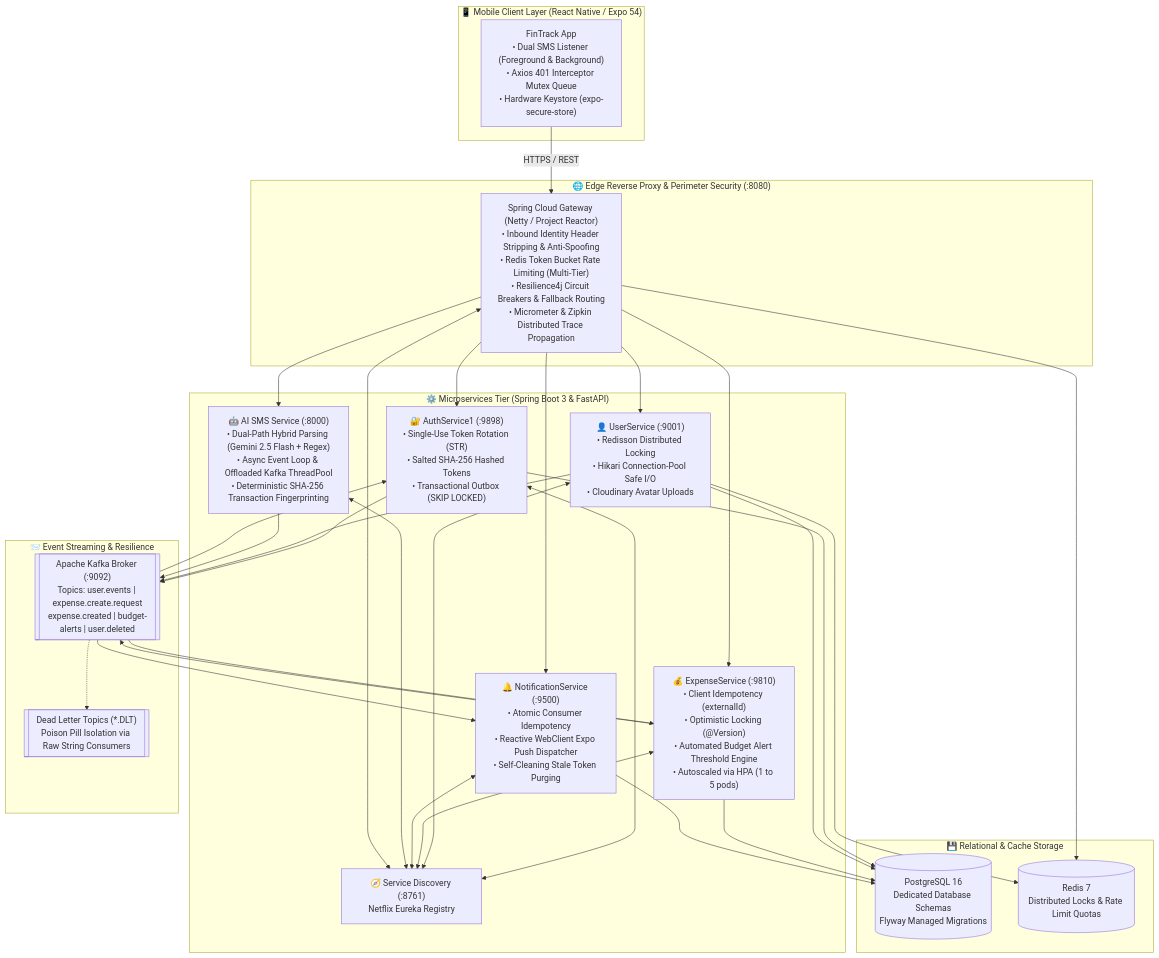
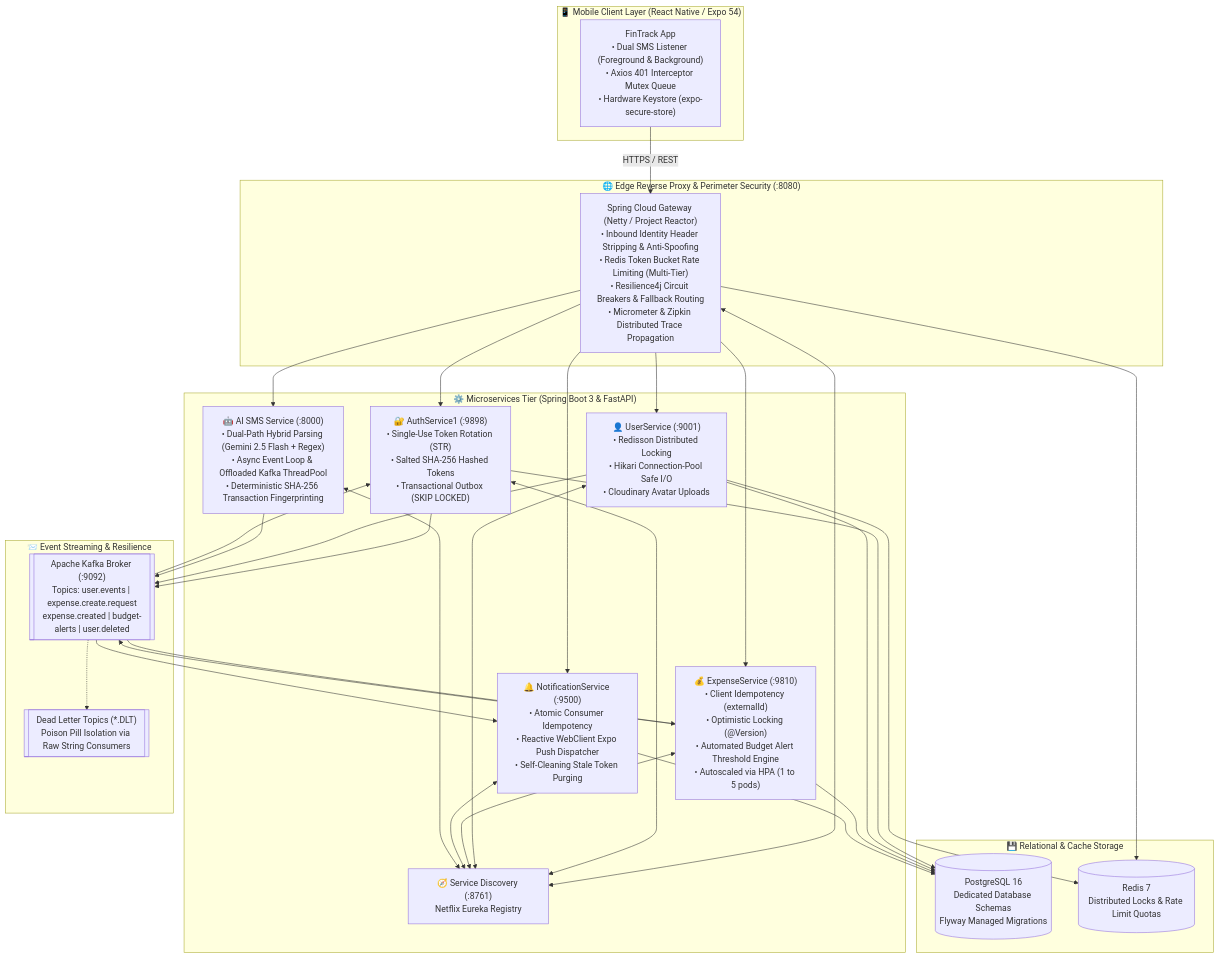
Before and after one commit to sagr612/Fintrack: the diagram in README.md, drawn with Mermaid. The commit also changed 3 other files, not shown here.

````diff
--- a/README.md
+++ b/README.md
@@ -20,40 +20,45 @@
 ```mermaid
 graph TB
     subgraph ClientLayer ["📱 Mobile Client Layer (React Native / Expo 54)"]
         MobileApp["FinTrack App<br/>• Dual SMS Listener (Foreground & Background)<br/>• Axios 401 Interceptor Mutex Queue<br/>• Hardware Keystore (expo-secure-store)"]
     end
 
     subgraph EdgePerimeter ["🌐 Edge Reverse Proxy & Perimeter Security (:8080)"]
         Gateway["Spring Cloud Gateway (Netty / Project Reactor)<br/>• Inbound Identity Header Stripping & Anti-Spoofing<br/>• Redis Token Bucket Rate Limiting (Multi-Tier)<br/>• Resilience4j Circuit Breakers & Fallback Routing<br/>• Micrometer & Zipkin Distributed Trace Propagation"]
     end
 
     subgraph ServiceMesh ["⚙️ Microservices Tier (Spring Boot 3 & FastAPI)"]
         AuthSvc["🔐 AuthService1 (:9898)<br/>• Single-Use Token Rotation (STR)<br/>• Salted SHA-256 Hashed Tokens<br/>• Transactional Outbox (SKIP LOCKED)"]
         UserSvc["👤 UserService (:9001)<br/>• Redisson Distributed Locking<br/>• Hikari Connection-Pool Safe I/O<br/>• Cloudinary Avatar Uploads"]
         ExpenseSvc["💰 ExpenseService (:9810)<br/>• Client Idempotency (externalId)<br/>• Optimistic Locking (@Version)<br/>• Automated Budget Alert Threshold Engine<br/>• Autoscaled via HPA (1 to 5 pods)"]
         NotifSvc["🔔 NotificationService (:9500)<br/>• Atomic Consumer Idempotency<br/>• Reactive WebClient Expo Push Dispatcher<br/>• Self-Cleaning Stale Token Purging"]
         AISvc["🤖 AI SMS Service (:8000)<br/>• Dual-Path Hybrid Parsing (Gemini 2.5 Flash + Regex)<br/>• Async Event Loop & Offloaded Kafka ThreadPool<br/>• Deterministic SHA-256 Transaction Fingerprinting"]
         Registry["🧭 Service Discovery (:8761)<br/>Netflix Eureka Registry"]
     end
 
     subgraph MessagingCluster ["📨 Event Streaming & Resilience"]
         KafkaBroker[["Apache Kafka Broker (:9092)<br/>Topics: user.events | expense.create.request<br/>expense.created | budget-alerts | user.deleted"]]
         KafkaDLT[["Dead Letter Topics (*.DLT)<br/>Poison Pill Isolation via Raw String Consumers"]]
     end
 
     subgraph StateStorage ["💾 Relational & Cache Storage"]
         Postgres[("PostgreSQL 16<br/>Dedicated Database Schemas<br/>Flyway Managed Migrations")]
         RedisStore[("Redis 7<br/>Distributed Locks & Rate Limit Quotas")]
     end
 
     MobileApp -->|"HTTPS / REST"| Gateway
     Gateway --> AuthSvc & UserSvc & ExpenseSvc & NotifSvc & AISvc
 
     AuthSvc & UserSvc & ExpenseSvc & NotifSvc --> Postgres
     UserSvc & Gateway --> RedisStore
     AuthSvc & UserSvc & ExpenseSvc & AISvc --> KafkaBroker
     KafkaBroker -.-> KafkaDLT
     KafkaBroker --> ExpenseSvc & NotifSvc & AuthSvc
 
-    AuthSvc & UserSvc & ExpenseSvc & NotifSvc & AISvc & Gateway <--> Registry
+    Gateway <--> Registry
+    AuthSvc <--> Registry
+    UserSvc <--> Registry
+    ExpenseSvc <--> Registry
+    NotifSvc <--> Registry
+    AISvc <--> Registry
 ```
````
